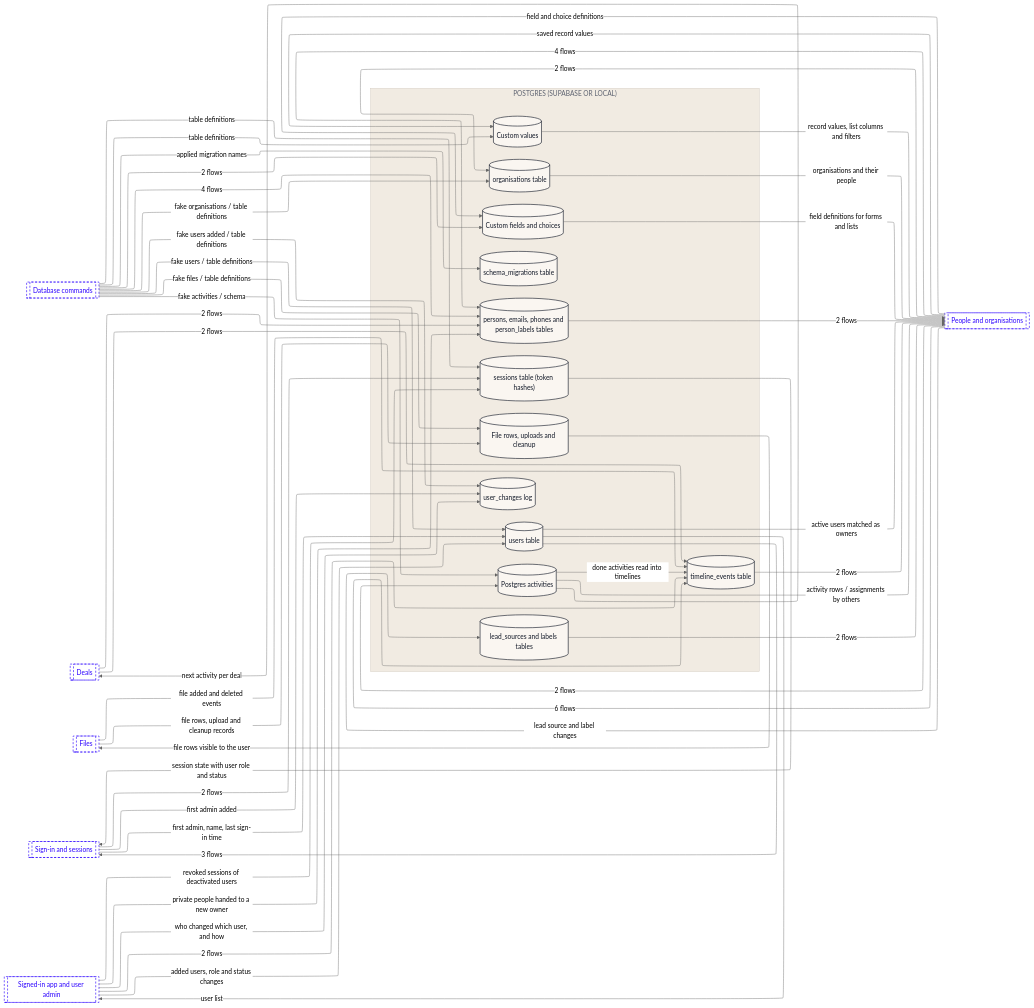
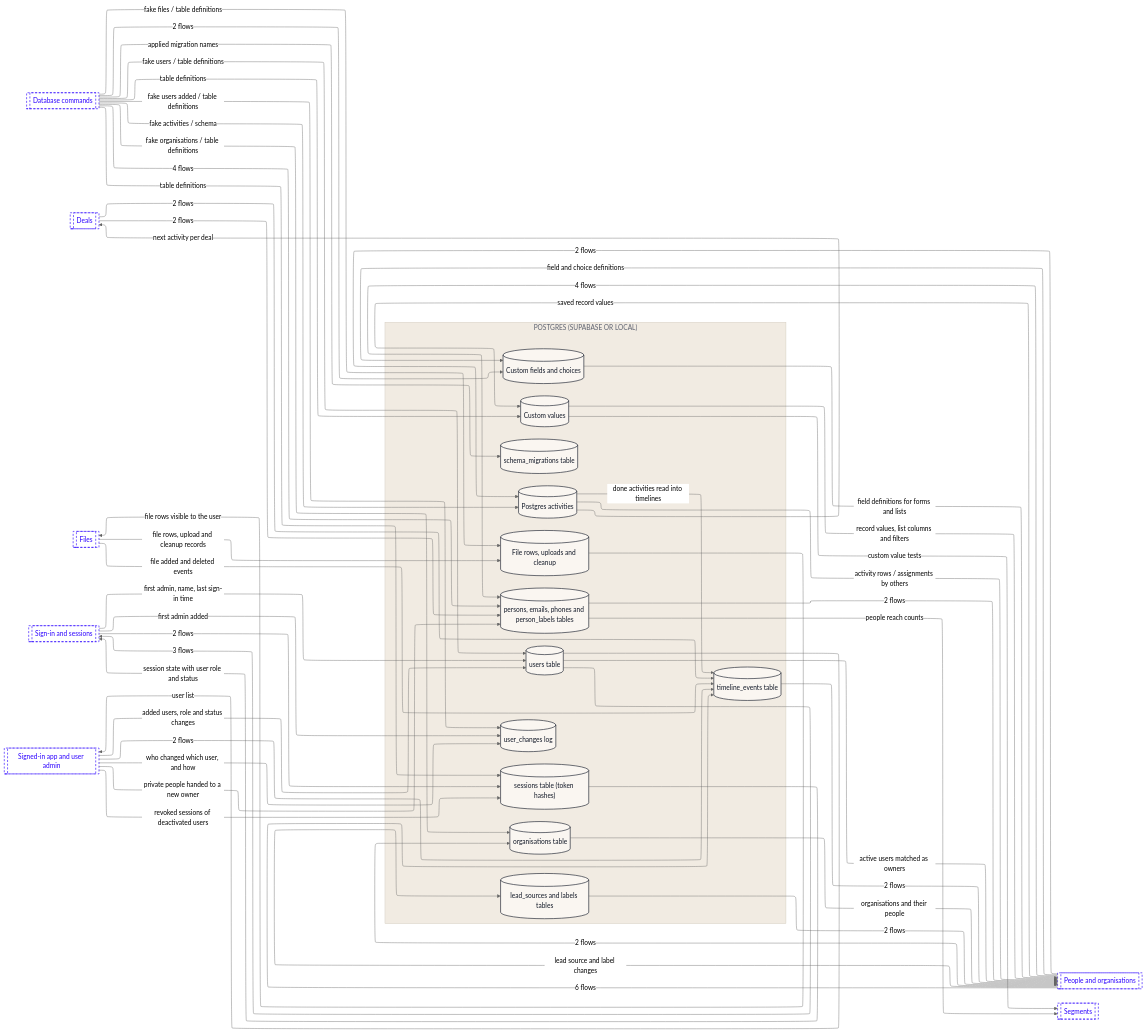
The third of 12 diagrams in dataflow/DATAFLOW.md (Romain-Perche/Barnacle-Pipe), drawn with Mermaid (neutral theme) before and after one commit. The commit also changed other lines of this file and 8 other files, not shown here.

````diff
--- a/dataflow/DATAFLOW.md
+++ b/dataflow/DATAFLOW.md
@@ -171,79 +178,82 @@
 ```mermaid
 ---
 config:
   layout: elk
 ---
 flowchart LR
     subgraph z1["POSTGRES (SUPABASE OR LOCAL)"]
         n1[("Postgres activities")]
         n2[("lead_sources and labels tables")]
         n3[("Custom fields and choices")]
         n4[("Custom values")]
         n5[("File rows, uploads and cleanup")]
         n6[("organisations table")]
         n7[("persons, emails, phones and person_labels tables")]
         n8[("schema_migrations table")]
         n9[("sessions table (token hashes)")]
         n10[("timeline_events table")]
         n11[("user_changes log")]
         n12[("users table")]
     end
     n13[["Database commands"]]
     n14[["Deals"]]
     n15[["Files"]]
     n16[["People and organisations"]]
-    n17[["Sign-in and sessions"]]
-    n18[["Signed-in app and user admin"]]
+    n17[["Segments"]]
+    n18[["Sign-in and sessions"]]
+    n19[["Signed-in app and user admin"]]
     n16 -->|"2 flows"| n1
     n16 -->|"4 flows"| n7
     n1 -->|"activity rows / assignments by others"| n16
     n1 -->|"next activity per deal"| n14
     n1 -->|"done activities read into timelines"| n10
     n16 -->|"lead source and label changes"| n2
     n2 -->|"2 flows"| n16
-    n17 -->|"2 flows"| n9
-    n17 -->|"first admin added"| n11
-    n17 -->|"first admin, name, last sign-in time"| n12
+    n18 -->|"2 flows"| n9
+    n18 -->|"first admin added"| n11
+    n18 -->|"first admin, name, last sign-in time"| n12
     n16 -->|"2 flows"| n6
     n16 -->|"6 flows"| n10
     n16 -->|"field and choice definitions"| n3
     n16 -->|"saved record values"| n4
     n3 -->|"field definitions for forms and lists"| n16
     n4 -->|"record values, list columns and filters"| n16
+    n4 -->|"custom value tests"| n17
     n14 -->|"2 flows"| n7
     n14 -->|"2 flows"| n10
     n15 -->|"file rows, upload and cleanup records"| n5
     n15 -->|"file added and deleted events"| n10
     n5 -->|"file rows visible to the user"| n15
     n13 -->|"fake activities / schema"| n1
     n13 -->|"2 flows"| n3
     n13 -->|"table definitions"| n4
     n13 -->|"fake files / table definitions"| n5
     n13 -->|"fake organisations / table definitions"| n6
     n13 -->|"4 flows"| n7
     n13 -->|"applied migration names"| n8
     n13 -->|"table definitions"| n9
     n13 -->|"fake users added / table definitions"| n11
     n13 -->|"fake users / table definitions"| n12
     n6 -->|"organisations and their people"| n16
     n7 -->|"2 flows"| n16
-    n9 -->|"session state with user role and status"| n17
+    n7 -->|"people reach counts"| n17
+    n9 -->|"session state with user role and status"| n18
     n10 -->|"2 flows"| n16
-    n18 -->|"private people handed to a new owner"| n7
-    n18 -->|"revoked sessions of deactivated users"| n9
-    n18 -->|"2 flows"| n10
-    n18 -->|"who changed which user, and how"| n11
-    n18 -->|"added users, role and status changes"| n12
-    n12 -->|"3 flows"| n17
+    n19 -->|"private people handed to a new owner"| n7
+    n19 -->|"revoked sessions of deactivated users"| n9
+    n19 -->|"2 flows"| n10
+    n19 -->|"who changed which user, and how"| n11
+    n19 -->|"added users, role and status changes"| n12
+    n12 -->|"3 flows"| n18
     n12 -->|"active users matched as owners"| n16
-    n12 -->|"user list"| n18
+    n12 -->|"user list"| n19
     classDef actor fill:#FFFFFF,stroke:#111827,stroke-width:1px,color:#111827
     classDef process fill:#EDEAFF,stroke:#2B00FF,stroke-width:1.5px,color:#111827
     classDef store fill:#FAF6F1,stroke:#111827,stroke-width:1.5px,color:#111827
     classDef zone fill:#1A1A1A,stroke:#1A1A1A,color:#FFFFFF
     classDef group fill:#2B00FF,stroke:#2B00FF,color:#FFFFFF
     classDef stub fill:#FFFFFF,stroke:#2B00FF,stroke-width:1.5px,stroke-dasharray:5 4,color:#2B00FF
     class n1,n2,n3,n4,n5,n6,n7,n8,n9,n10,n11,n12 store
-    class n13,n14,n15,n16,n17,n18 stub
+    class n13,n14,n15,n16,n17,n18,n19 stub
     style z1 fill:#F1EBE2,stroke:#CFC7BB,color:#5D6270
 ```
````
